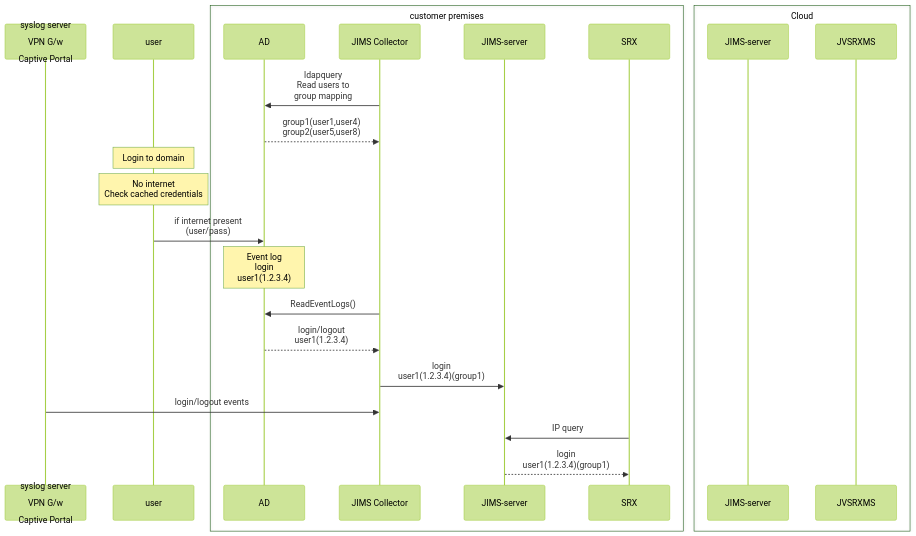
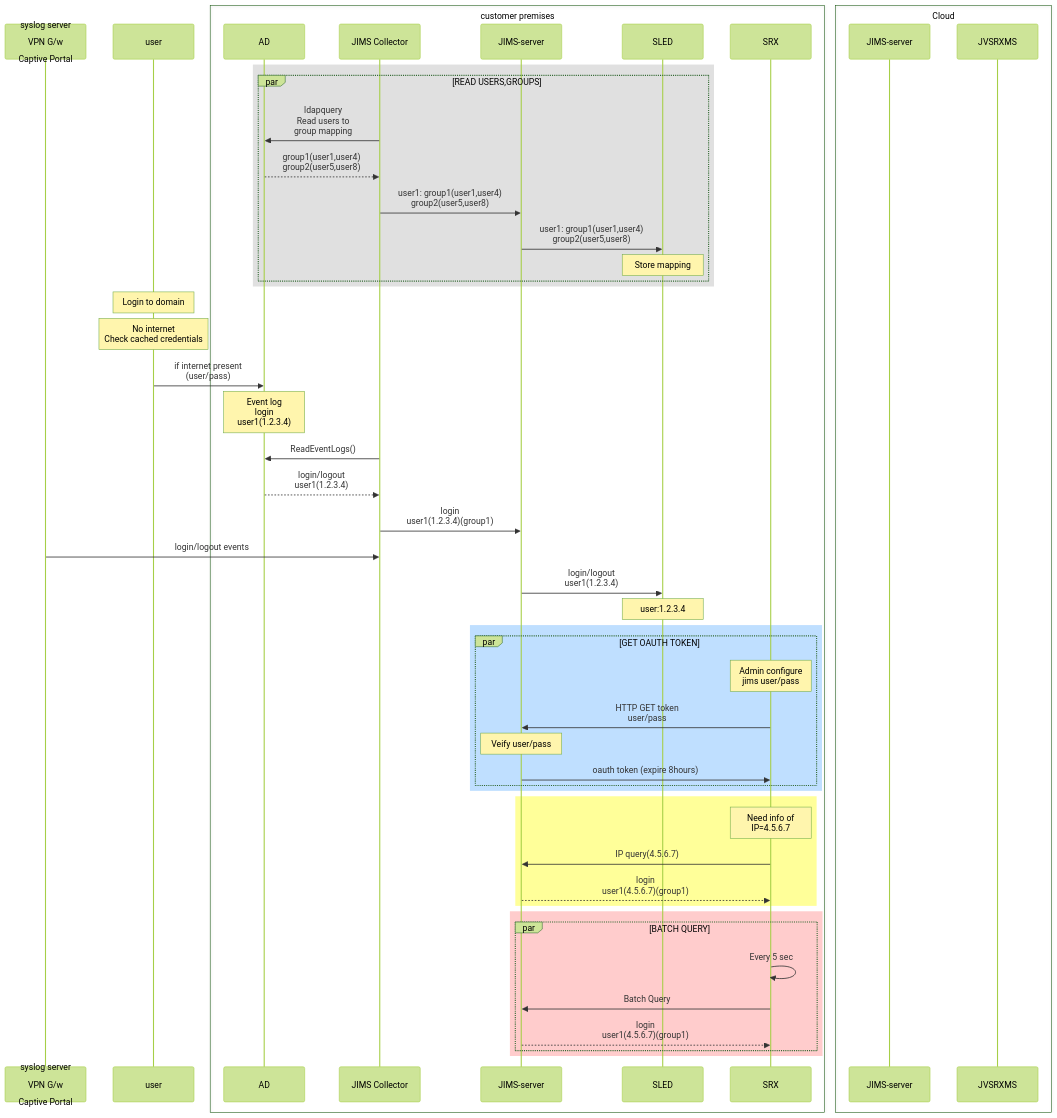
One commit to code-with-amitk/Code-examples changed the diagram in Networking/Networking_Devices/Firewall/JIMS/README.adoc. Above: the diagram before and after it, drawn with Mermaid (forest theme).

````diff
--- a/Networking/Networking_Devices/Firewall/JIMS/README.adoc
+++ b/Networking/Networking_Devices/Firewall/JIMS/README.adoc
@@ -8,30 +8,61 @@
 ```mermaid
 sequenceDiagram
   participant o as syslog server<br><br>VPN G/w<br><br>Captive Portal
   participant u as user
   box customer premises
   participant ad as AD
   participant col as JIMS Collector
   participant ser as JIMS-server
+  participant sled as SLED
   participant srx as SRX
   end
 
   box Cloud
   participant srv as JIMS-server
   participant vsrx as JVSRXMS
   end
 
+ rect rgb(224, 224, 224) 
+ par READ USERS,GROUPS
  col ->> ad: ldapquery<br>Read users to <br>group mapping
  ad -->> col: group1(user1,user4)<br>group2(user5,user8)
+ col ->> ser: user1: group1(user1,user4)<br>group2(user5,user8)
+ ser ->> sled: user1: group1(user1,user4)<br>group2(user5,user8)
+ Note over sled: Store mapping
+ end end
+
 
  Note over u: Login to domain
  Note over u: No internet<br>Check cached credentials
  u ->> ad: if internet present<br>(user/pass)
  Note over ad: Event log<br>login<br>user1(1.2.3.4)
  col ->> ad: ReadEventLogs()
  ad -->> col: login/logout<br>user1(1.2.3.4)
  col ->> ser: login<br>user1(1.2.3.4)(group1)
  o ->> col: login/logout events
- srx ->> ser: IP query
- ser -->> srx: login<br>user1(1.2.3.4)(group1)
+ ser ->> sled: login/logout<br>user1(1.2.3.4)
+ Note over sled: user:1.2.3.4
+
+ rect rgb(191, 223, 255)
+ par GET OAUTH TOKEN
+ Note over srx: Admin configure<br>jims user/pass
+ srx ->> ser: HTTP GET token<br> user/pass
+ Note over ser: Veify user/pass
+ ser ->> srx: oauth token (expire 8hours)
+ end
+ end
+
+ rect rgb(255, 255, 153)
+ Note over srx: Need info of<br>IP=4.5.6.7
+ srx ->> ser: IP query(4.5.6.7)
+ ser -->> srx: login<br>user1(4.5.6.7)(group1)
+ end
+
+ rect rgb(255, 204, 204)
+ par BATCH QUERY
+ srx ->> srx: Every 5 sec
+ srx ->> ser: Batch Query
+ ser -->> srx: login<br>user1(4.5.6.7)(group1)
+ end
+ end
 ```
````
